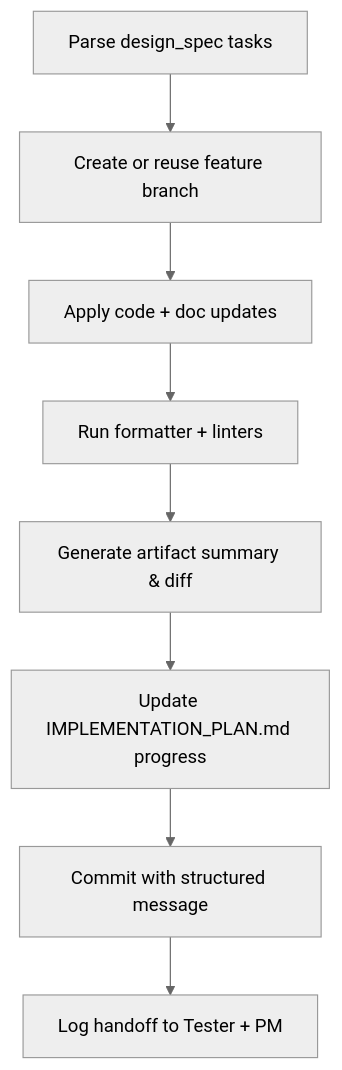
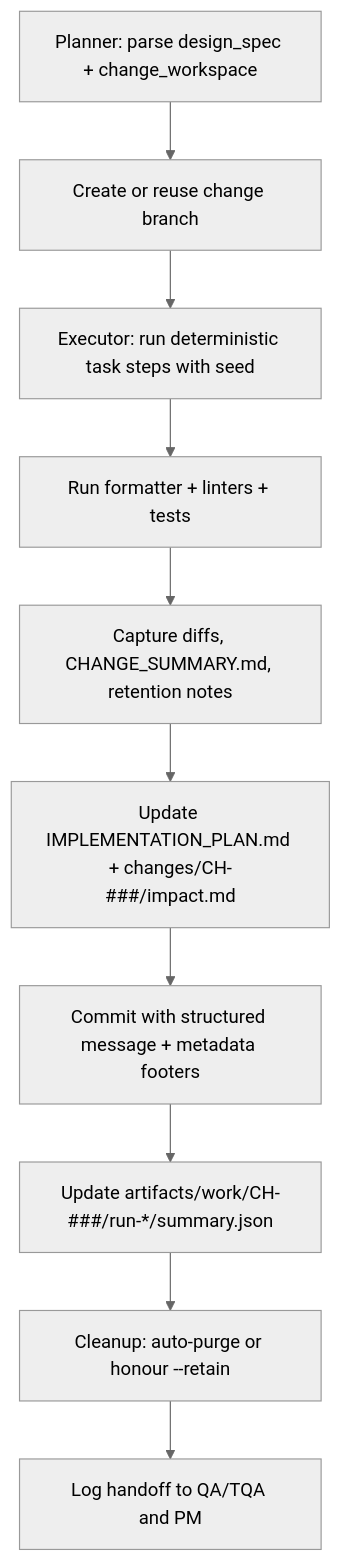
One commit to christaylor98/dynaforge.ai changed the diagram in docs/requirements/elaborations/FR-04_elaboration.md. Above: the diagram before and after it, drawn with Mermaid (neutral theme). The commit also changed other lines of this file and 43 other files, not shown here.

````diff
--- a/docs/requirements/elaborations/FR-04_elaboration.md
+++ b/docs/requirements/elaborations/FR-04_elaboration.md
@@ -23,10 +36,12 @@
 ```mermaid
 flowchart TD
-  A[Parse design_spec tasks] --> B[Create or reuse feature branch]
-  B --> C[Apply code + doc updates]
-  C --> D[Run formatter + linters]
-  D --> E[Generate artifact summary & diff]
-  E --> F[Update IMPLEMENTATION_PLAN.md progress]
-  F --> G[Commit with structured message]
-  G --> H[Log handoff to Tester + PM]
+  A[Planner: parse design_spec + change_workspace] --> B[Create or reuse change branch]
+  B --> C[Executor: run deterministic task steps with seed]
+  C --> D[Run formatter + linters + tests]
+  D --> E[Capture diffs, CHANGE_SUMMARY.md, retention notes]
+  E --> F[Update IMPLEMENTATION_PLAN.md + changes/CH-###/impact.md]
+  F --> G[Commit with structured message + metadata footers]
+  G --> H[Update artifacts/work/CH-###/run-*/summary.json]
+  H --> I[Cleanup: auto-purge or honour --retain]
+  I --> J[Log handoff to QA/TQA and PM]
 ```
````
